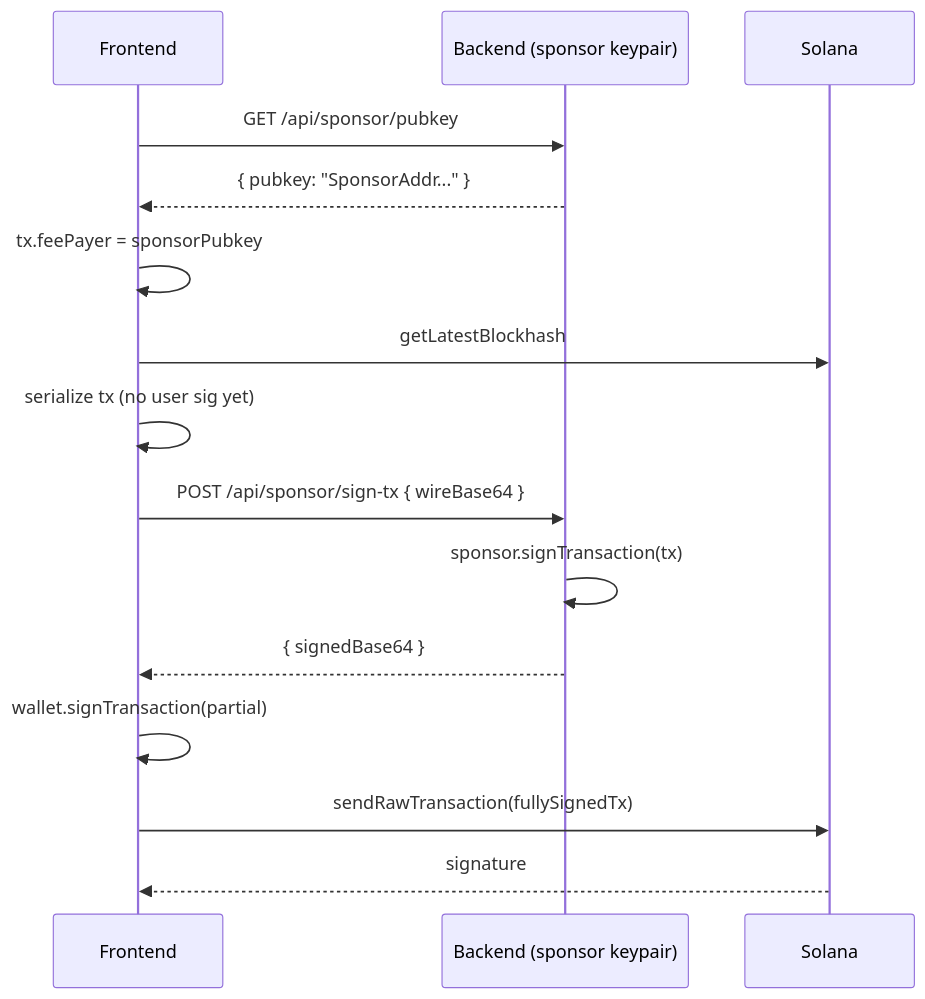
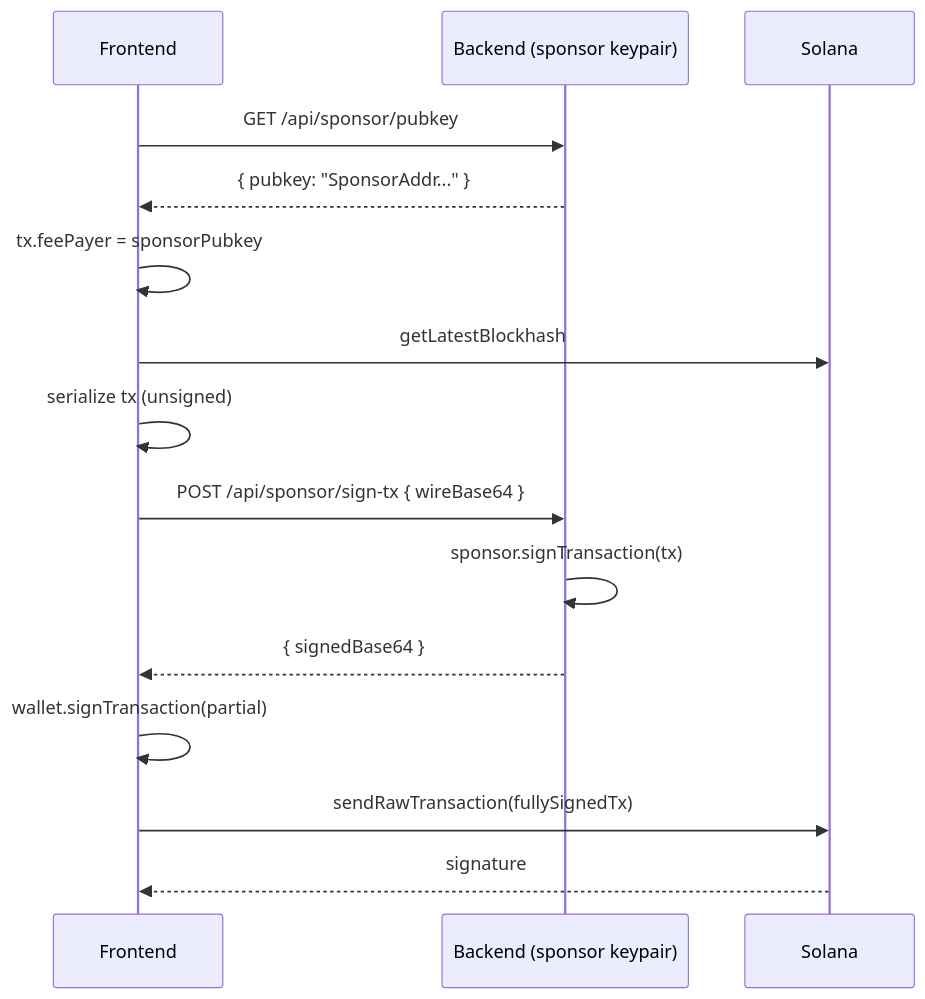
Before and after one commit to im-f-nuel/MinDDuel: the third of 4 diagrams in docs/ARCHITECTURE.md, drawn with Mermaid. The commit also changed other lines of this file and 6 other files, not shown here.

````diff
--- a/docs/ARCHITECTURE.md
+++ b/docs/ARCHITECTURE.md
@@ -271,18 +263,18 @@
 ```mermaid
 sequenceDiagram
     participant FE as Frontend
     participant BE as Backend (sponsor keypair)
     participant Sol as Solana
 
     FE->>BE: GET /api/sponsor/pubkey
     BE-->>FE: { pubkey: "SponsorAddr..." }
     FE->>FE: tx.feePayer = sponsorPubkey
     FE->>Sol: getLatestBlockhash
-    FE->>FE: serialize tx (no user sig yet)
+    FE->>FE: serialize tx (unsigned)
     FE->>BE: POST /api/sponsor/sign-tx { wireBase64 }
     BE->>BE: sponsor.signTransaction(tx)
     BE-->>FE: { signedBase64 }
     FE->>FE: wallet.signTransaction(partial)
     FE->>Sol: sendRawTransaction(fullySignedTx)
     Sol-->>FE: signature
 ```
````
